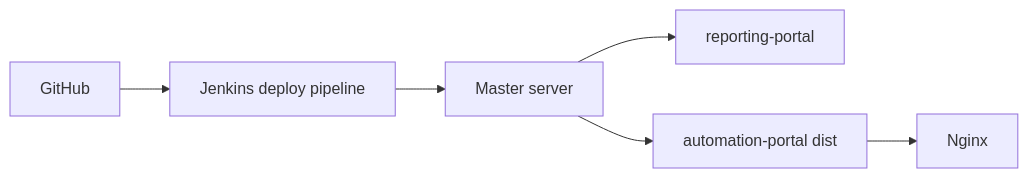
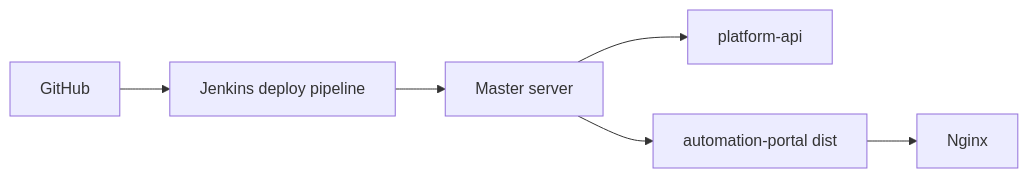
The third of 4 diagrams in docs/jekins_lightweight.md (stella555359/jenkins_robotframework), drawn with Mermaid before and after one commit. The commit also changed other lines of this file and 8 other files, not shown here.

Commit message:
rename reporting portal to flatform-api

````diff
--- a/docs/jekins_lightweight.md
+++ b/docs/jekins_lightweight.md
@@ -1623,15 +1623,15 @@
 ```mermaid
 flowchart LR
     G["GitHub"]
     J["Jenkins deploy pipeline"]
     S["Master server"]
-    RP["reporting-portal"]
+    RP["platform-api"]
     FE["automation-portal dist"]
     N["Nginx"]
 
     G --> J
     J --> S
     S --> RP
     S --> FE
     FE --> N
 ```
````
